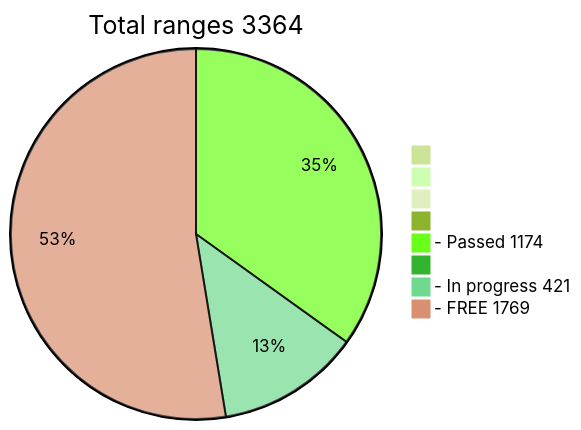
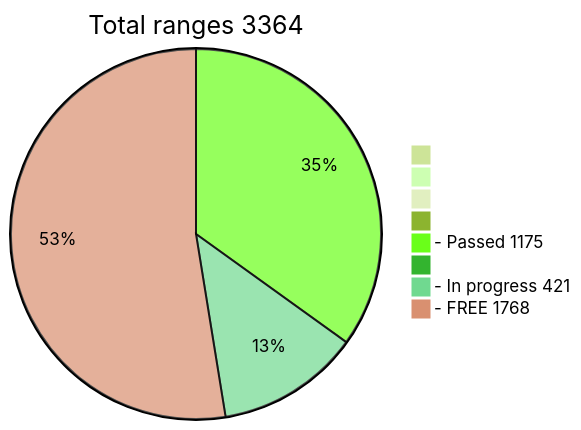
The diagram in README.md (phrutis/wif500), drawn with Mermaid (forest theme) before and after one commit.

````diff
--- a/README.md
+++ b/README.md
@@ -16,12 +16,12 @@
 ```mermaid
 pie title Total ranges 3364
              " " : 0
             "  " : 0
            "   " : 0
           "    " : 0
-  "- Passed 1174" : 1174
+  "- Passed 1175" : 1175
          "     " : 0
   "- In progress 421" : 421
-   "- FREE 1769" : 1769
+   "- FREE 1768" : 1768
    
 ```
````
